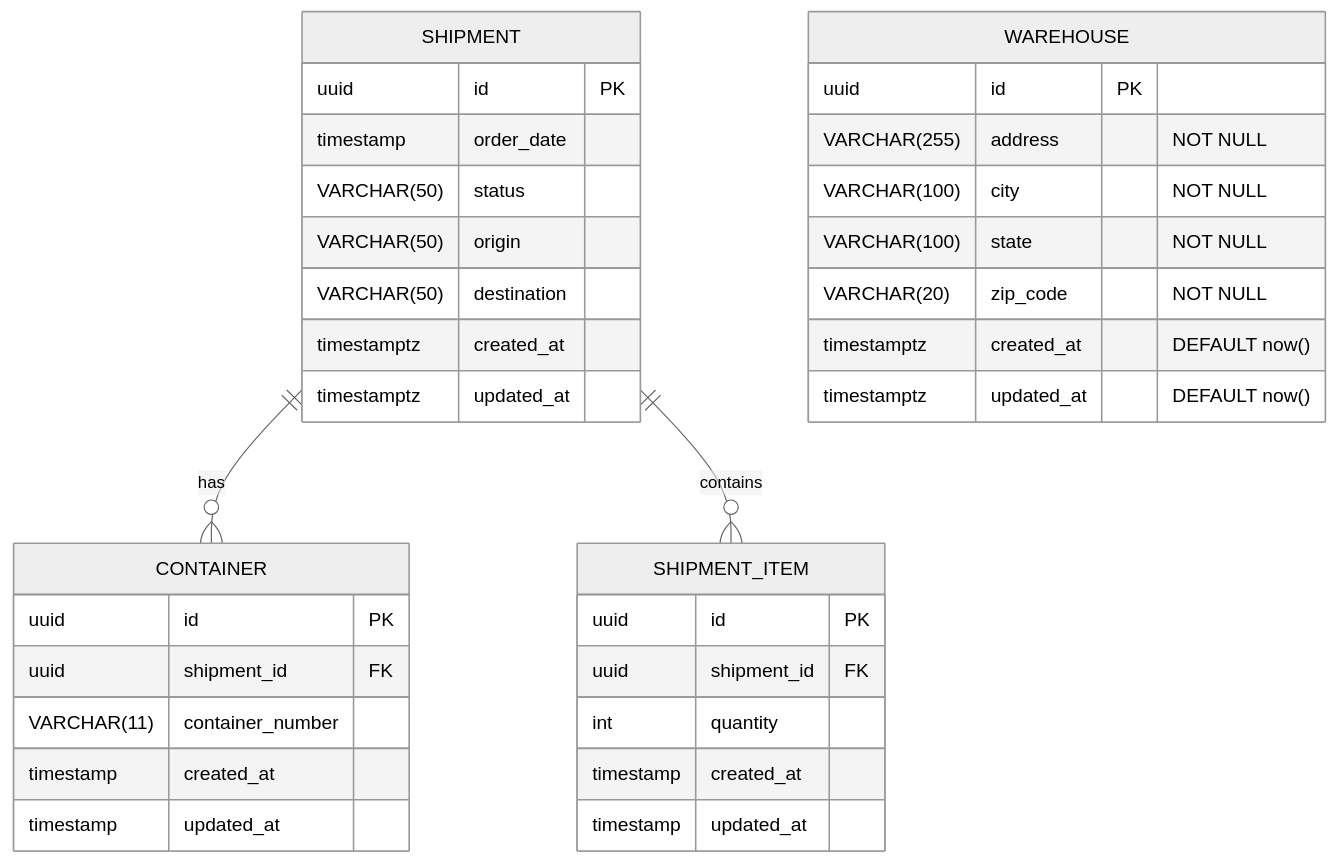
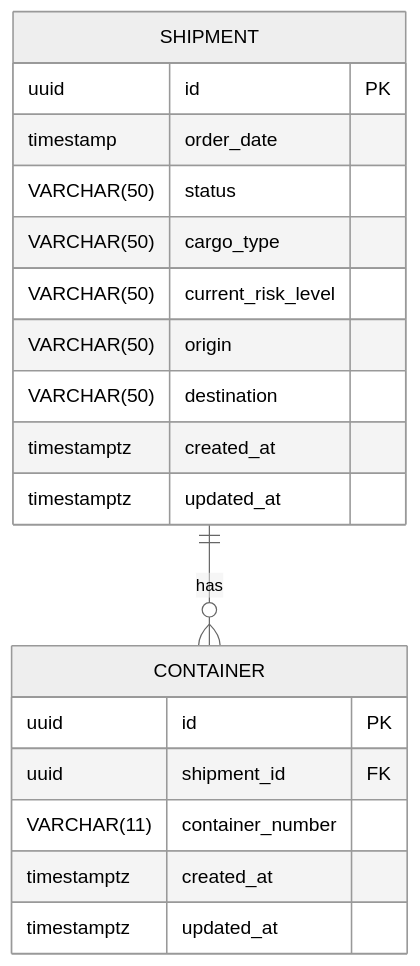
Before and after one commit to BadrChoubai/logistics-microservices: the second of 3 diagrams in ARCHITECTURE.md, drawn with Mermaid (neutral theme). The commit also changed other lines of this file and 15 other files, not shown here.

````diff
--- a/ARCHITECTURE.md
+++ b/ARCHITECTURE.md
@@ -114,42 +140,24 @@
 ```mermaid
 erDiagram
     SHIPMENT {
         uuid        id PK
         timestamp   order_date
         VARCHAR(50) status
+        VARCHAR(50) cargo_type
+        VARCHAR(50) current_risk_level
         VARCHAR(50) origin
         VARCHAR(50) destination
-        timestamptz   created_at
-        timestamptz   updated_at
+        timestamptz created_at
+        timestamptz updated_at
     }
 
     CONTAINER {
         uuid        id PK
         uuid        shipment_id FK
         VARCHAR(11) container_number
-        timestamp   created_at
-        timestamp   updated_at
-
-    }
-
-    SHIPMENT_ITEM {
-        uuid        id PK
-        uuid        shipment_id FK
-        int         quantity
-        timestamp   created_at
-        timestamp   updated_at
-    }
-
-    WAREHOUSE {
-        uuid        id PK
-        VARCHAR(255) address "NOT NULL"
-        VARCHAR(100) city "NOT NULL"
-        VARCHAR(100) state "NOT NULL"
-        VARCHAR(20) zip_code "NOT NULL"
-        timestamptz created_at "DEFAULT now()"
-        timestamptz updated_at "DEFAULT now()"
+        timestamptz created_at
+        timestamptz updated_at
     }
 
     SHIPMENT ||--o{ CONTAINER : "has"
-    SHIPMENT ||--o{ SHIPMENT_ITEM : "contains"
 ```
````
